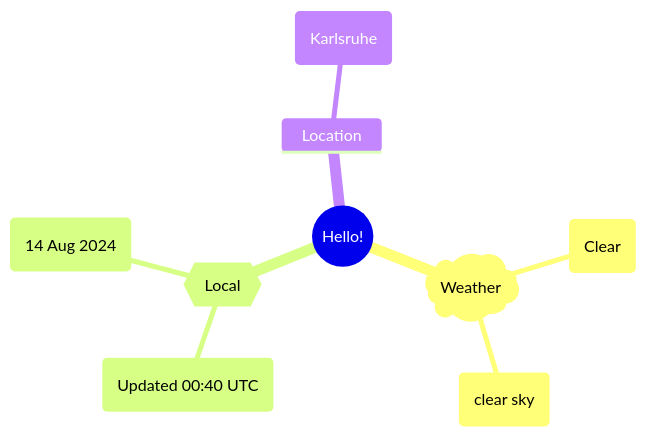
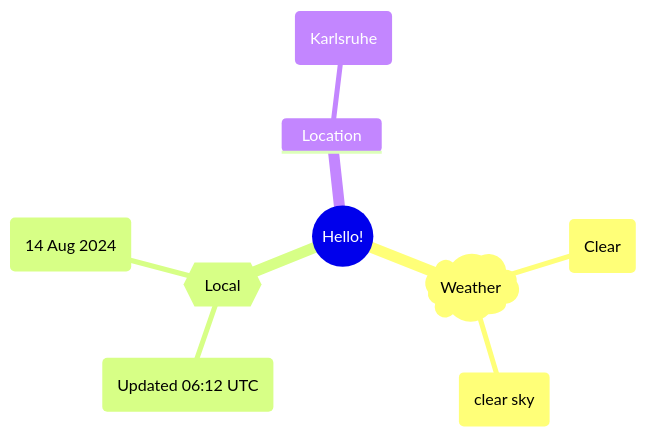
The first of 2 diagrams in README.md (Xosrov/Xosrov), drawn with Mermaid before and after one commit.

Commit message:
[bot] updated images

````diff
--- a/README.md
+++ b/README.md
@@ -3,12 +3,12 @@
 ```mermaid
 mindmap
   root((Hello!))
     )Weather(
         (Clear)
         (clear sky)
     {{Local}}
-        (Updated 00:40 UTC)
+        (Updated 06:12 UTC)
         (14 Aug 2024)
     Location
         (Karlsruhe)
 ```
````
